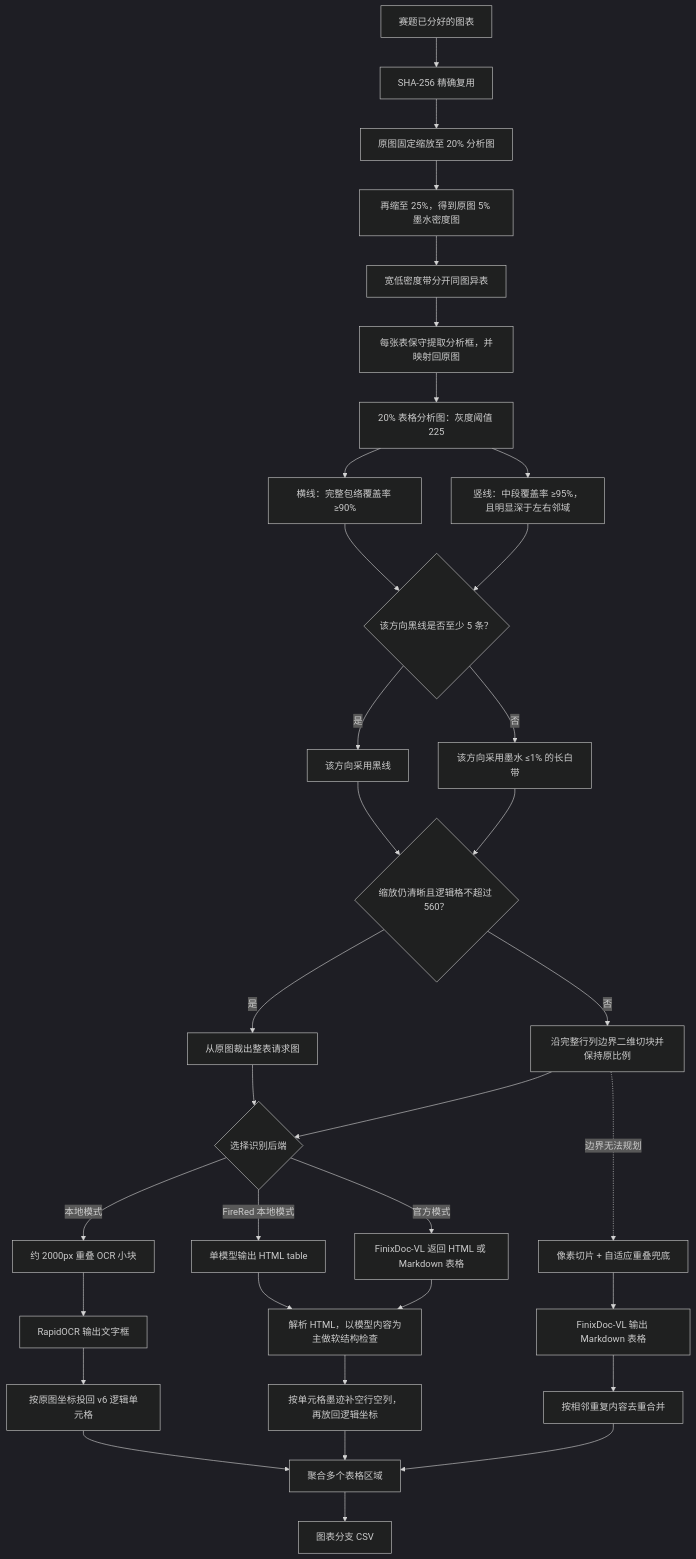
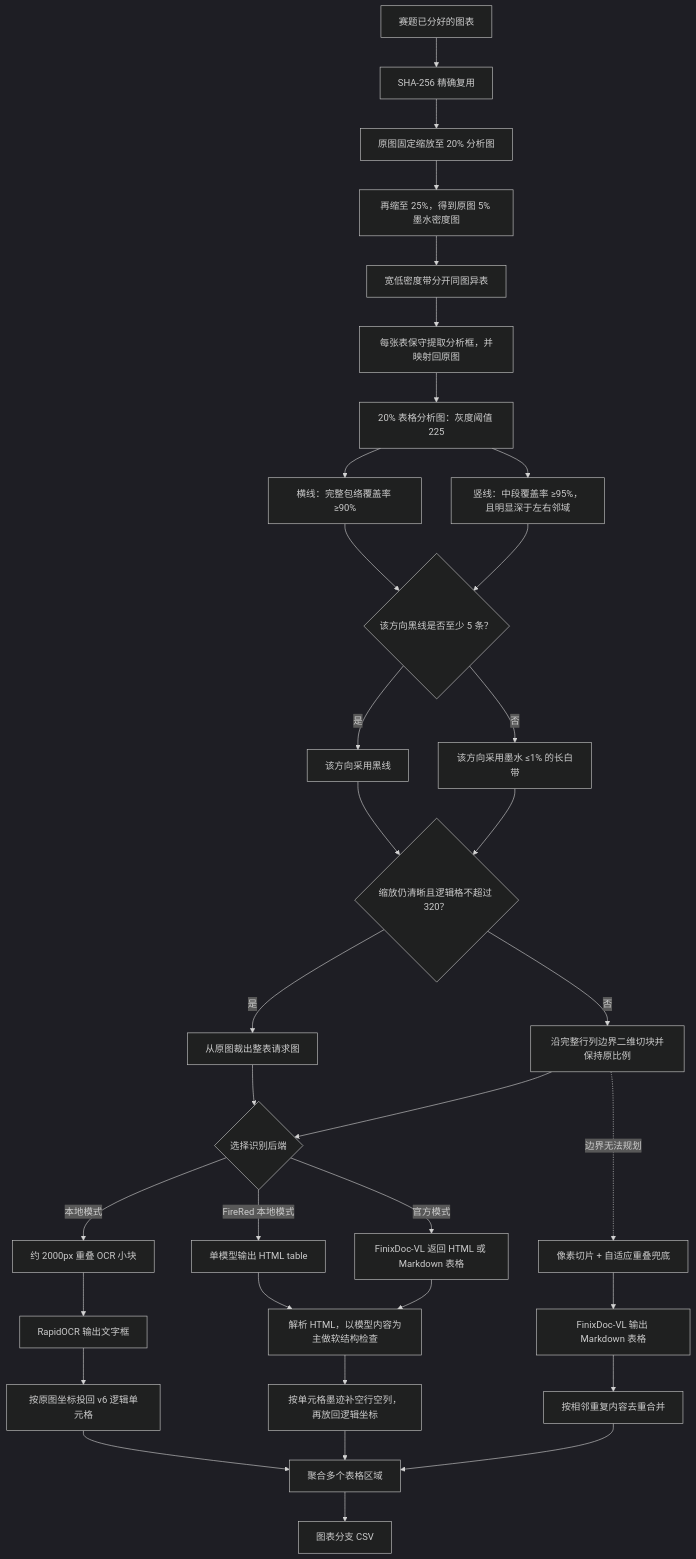
Before and after one commit to AAAXXS-0/CAFA6202: the diagram in afac_pipeline/table/README.md, drawn with Mermaid (dark theme). The commit also changed other lines of this file and 4 other files, not shown here.

Commit message:
perf:降低FireRed图表切块逻辑格上限

````diff
--- a/afac_pipeline/table/README.md
+++ b/afac_pipeline/table/README.md
@@ -6,36 +6,36 @@
 ```mermaid
 flowchart TD
     A["赛题已分好的图表"] --> B["SHA-256 精确复用"]
     B --> C["原图固定缩放至 20% 分析图"]
     C --> D["再缩至 25%，得到原图 5% 墨水密度图"]
     D --> E["宽低密度带分开同图异表"]
     E --> F["每张表保守提取分析框，并映射回原图"]
     F --> G["20% 表格分析图：灰度阈值 225"]
     G --> HR["横线：完整包络覆盖率 ≥90%"]
     G --> HC["竖线：中段覆盖率 ≥95%，且明显深于左右邻域"]
     HR --> V{"该方向黑线是否至少 5 条？"}
     HC --> V
     V -- "是" --> I["该方向采用黑线"]
     V -- "否" --> W["该方向采用墨水 ≤1% 的长白带"]
-    I --> X{"缩放仍清晰且逻辑格不超过 560？"}
+    I --> X{"缩放仍清晰且逻辑格不超过 320？"}
     W --> X
     X -- "是" --> Y["从原图裁出整表请求图"]
     X -- "否" --> J["沿完整行列边界二维切块并保持原比例"]
     J -. "边界无法规划" .-> N["像素切片 + 自适应重叠兜底"]
     Y --> Z{"选择识别后端"}
     J --> Z
     Z -- "官方模式" --> O["FinixDoc-VL 返回 HTML 或 Markdown 表格"]
     Z -- "FireRed 本地模式" --> FO["单模型输出 HTML table"]
     FO --> Q
     Z -- "本地模式" --> LO["约 2000px 重叠 OCR 小块"]
     LO --> LC["RapidOCR 输出文字框"]
     LC --> LD["按原图坐标投回 v6 逻辑单元格"]
     LD --> T
     N --> P["FinixDoc-VL 输出 Markdown 表格"]
     O --> Q["解析 HTML，以模型内容为主做软结构检查"]
     Q --> R["按单元格墨迹补空行空列，再放回逻辑坐标"]
     P --> S["按相邻重复内容去重合并"]
     R --> T["聚合多个表格区域"]
     S --> T
     T --> U["图表分支 CSV"]
 ```
````
